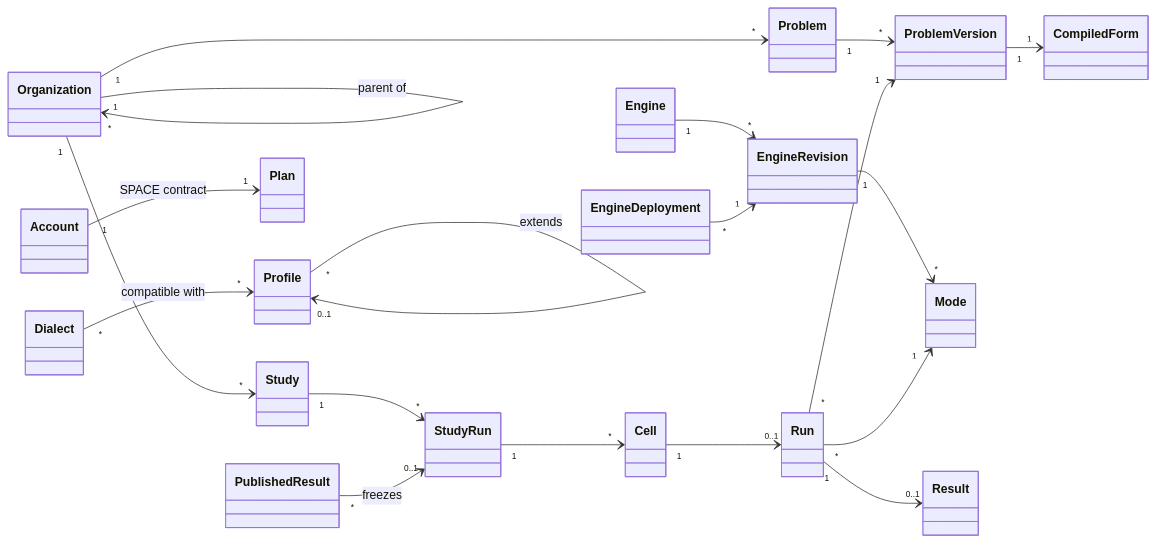
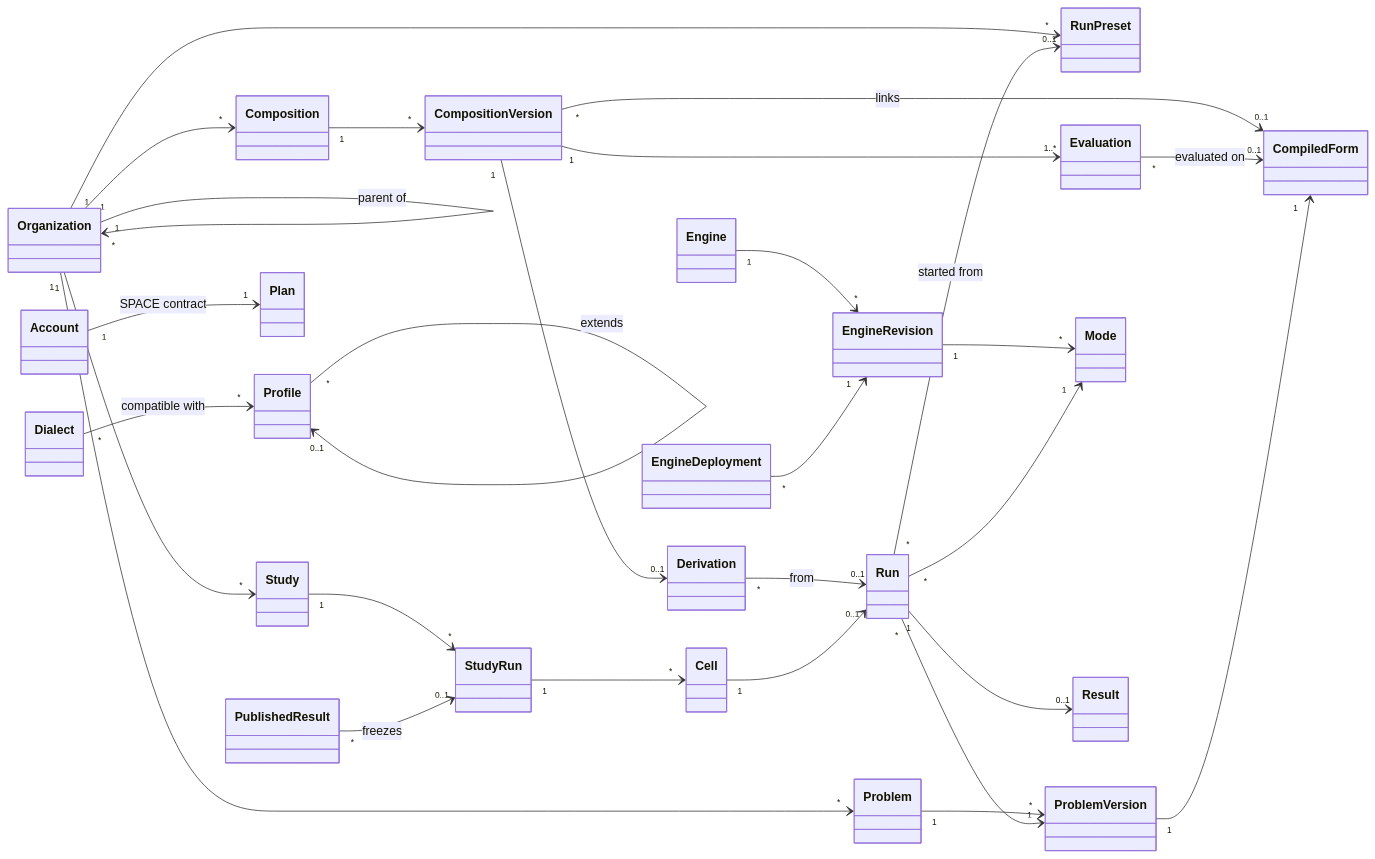
The third of 7 diagrams in docs/ARCHITECTURE.md (isa-group/OpenBinding), drawn with Mermaid before and after one commit. The commit also changed other lines of this file and 22 other files, not shown here.

````diff
--- a/docs/ARCHITECTURE.md
+++ b/docs/ARCHITECTURE.md
@@ -269,22 +269,31 @@
 ```mermaid
 classDiagram
   direction LR
   Organization "1" --> "*" Organization : parent of
   Organization "1" --> "*" Problem
   Organization "1" --> "*" Study
+  Organization "1" --> "*" Composition
+  Organization "1" --> "*" RunPreset
+  Composition "1" --> "*" CompositionVersion
+  CompositionVersion "*" --> "0..1" CompiledForm : links
+  CompositionVersion "1" --> "1..*" Evaluation
+  Evaluation "*" --> "0..1" CompiledForm : evaluated on
+  CompositionVersion "1" --> "0..1" Derivation
+  Derivation "*" --> "0..1" Run : from
+  Run "*" --> "0..1" RunPreset : started from
   Problem "1" --> "*" ProblemVersion
   ProblemVersion "1" --> "1" CompiledForm
   Engine "1" --> "*" EngineRevision
   EngineRevision "1" --> "*" Mode
   EngineDeployment "*" --> "1" EngineRevision
   Run "*" --> "1" ProblemVersion
   Run "*" --> "1" Mode
   Run "1" --> "0..1" Result
   Study "1" --> "*" StudyRun
   StudyRun "1" --> "*" Cell
   Cell "1" --> "0..1" Run
   PublishedResult "*" --> "0..1" StudyRun : freezes
   Profile "*" --> "0..1" Profile : extends
   Dialect "*" --> "*" Profile : compatible with
   Account "1" --> "1" Plan : SPACE contract
 ```
````
